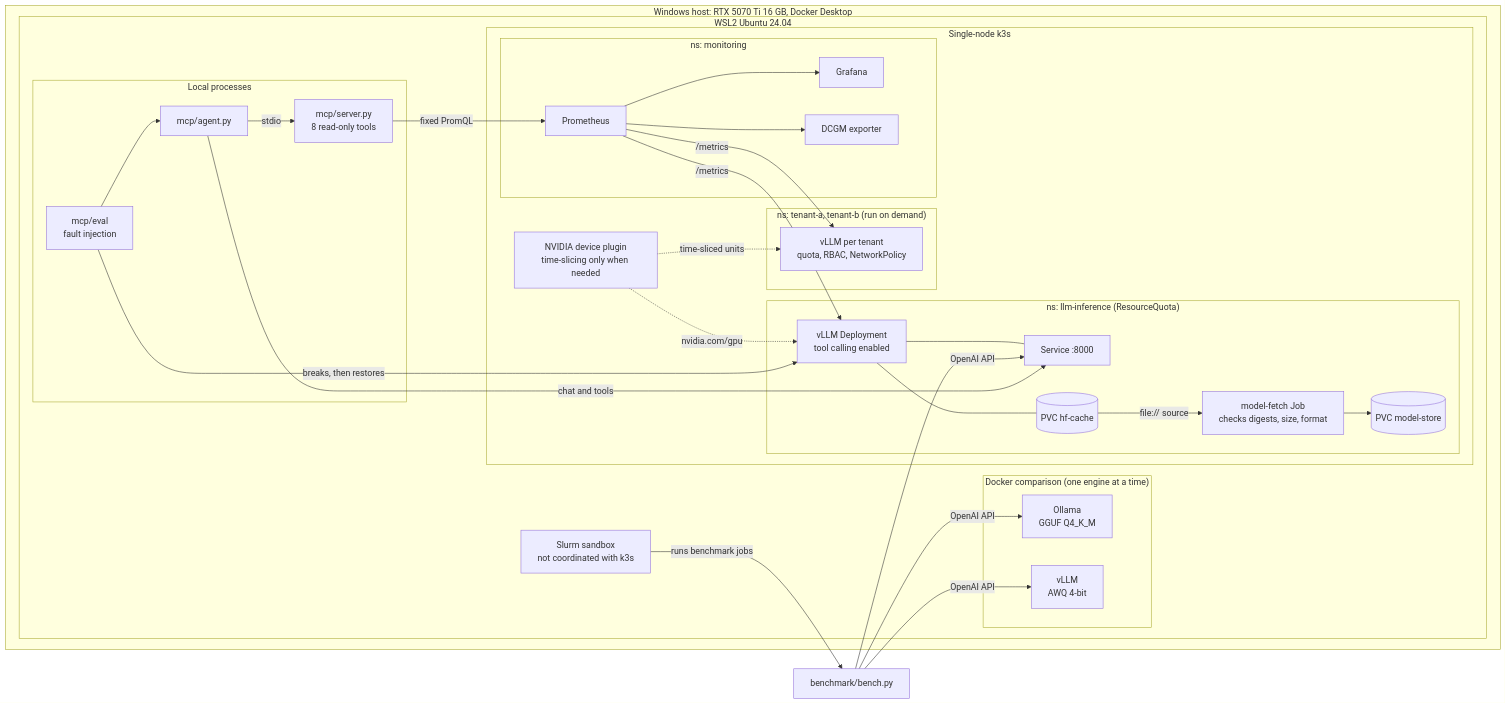
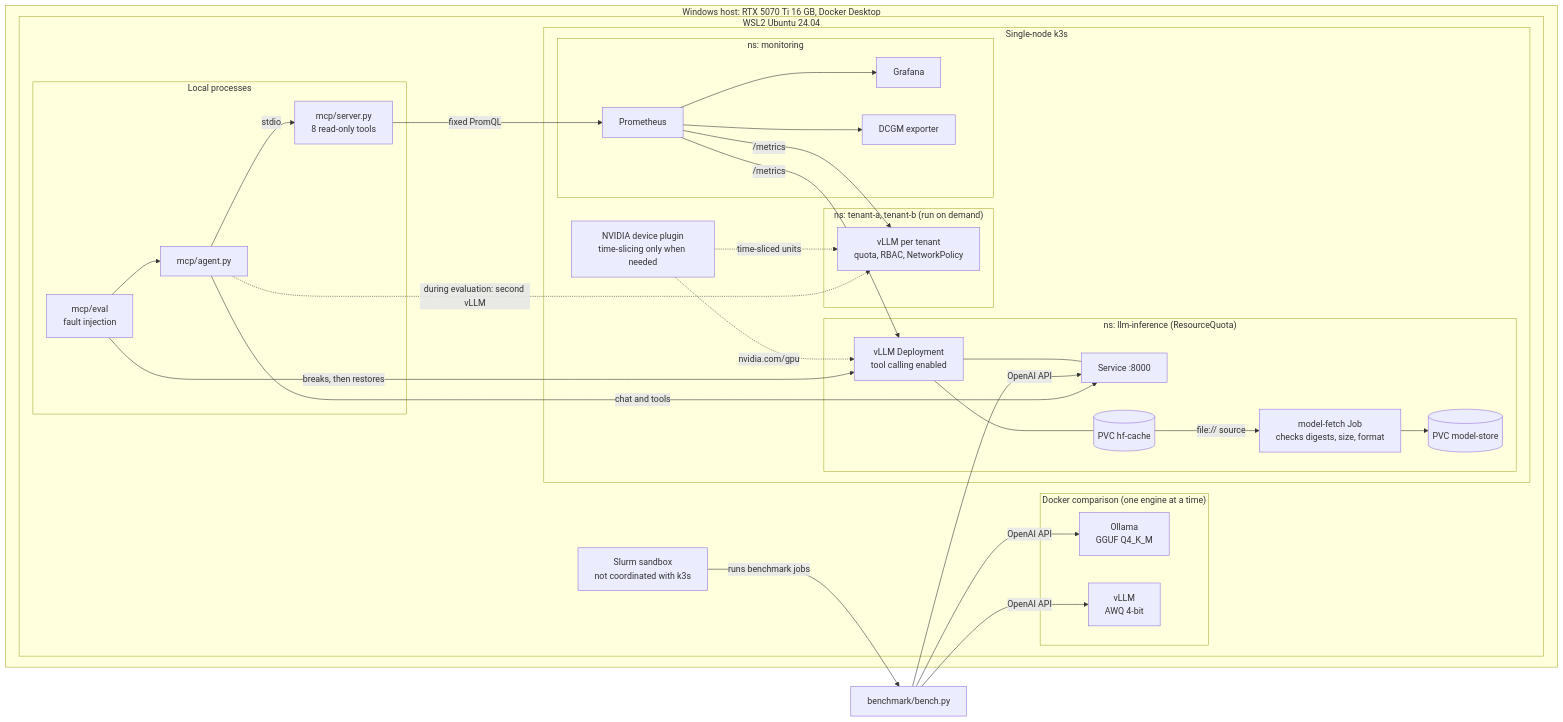
Before and after one commit to Guru-karthik/self-hosted-llm-inference-lab: the diagram in README.md, drawn with Mermaid. The commit also changed 1 other file, not shown here.

Commit message:
docs: show the evaluation's second vLLM in the diagram and date the grading

````diff
--- a/README.md
+++ b/README.md
@@ -33,45 +33,46 @@
 ```mermaid
 flowchart LR
   subgraph host["Windows host: RTX 5070 Ti 16 GB, Docker Desktop"]
     subgraph wsl["WSL2 Ubuntu 24.04"]
       subgraph docker["Docker comparison (one engine at a time)"]
         O["Ollama<br/>GGUF Q4_K_M"]
         V1["vLLM<br/>AWQ 4-bit"]
       end
       subgraph k3s["Single-node k3s"]
         subgraph nsi["ns: llm-inference (ResourceQuota)"]
           V2["vLLM Deployment<br/>tool calling enabled"] --- SVC["Service :8000"]
           V2 --- PVC[("PVC hf-cache")]
           JOB["model-fetch Job<br/>checks digests, size, format"] --> STORE[("PVC model-store")]
           PVC -->|"file:// source"| JOB
         end
         subgraph tenants["ns: tenant-a, tenant-b (run on demand)"]
           T["vLLM per tenant<br/>quota, RBAC, NetworkPolicy"]
         end
         subgraph nsm["ns: monitoring"]
           PR["Prometheus"] --> GF["Grafana"]
           DC["DCGM exporter"]
         end
         PLUG["NVIDIA device plugin<br/>time-slicing only when needed"]
       end
       subgraph ops["Local processes"]
         AG["mcp/agent.py"] -->|stdio| MS["mcp/server.py<br/>8 read-only tools"]
         EV["mcp/eval<br/>fault injection"]
       end
       SL["Slurm sandbox<br/>not coordinated with k3s"]
     end
   end
   B["benchmark/bench.py"] -->|OpenAI API| O
   B -->|OpenAI API| V1
   B -->|OpenAI API| SVC
   SL -->|"runs benchmark jobs"| B
   PR -->|"/metrics"| V2
   PR -->|"/metrics"| T
   PR --> DC
   PLUG -.->|nvidia.com/gpu| V2
   PLUG -.->|"time-sliced units"| T
   MS -->|"fixed PromQL"| PR
   AG -->|"chat and tools"| SVC
+  AG -.->|"during evaluation: second vLLM"| T
   EV -->|"breaks, then restores"| V2
   EV --> AG
 ```
````
